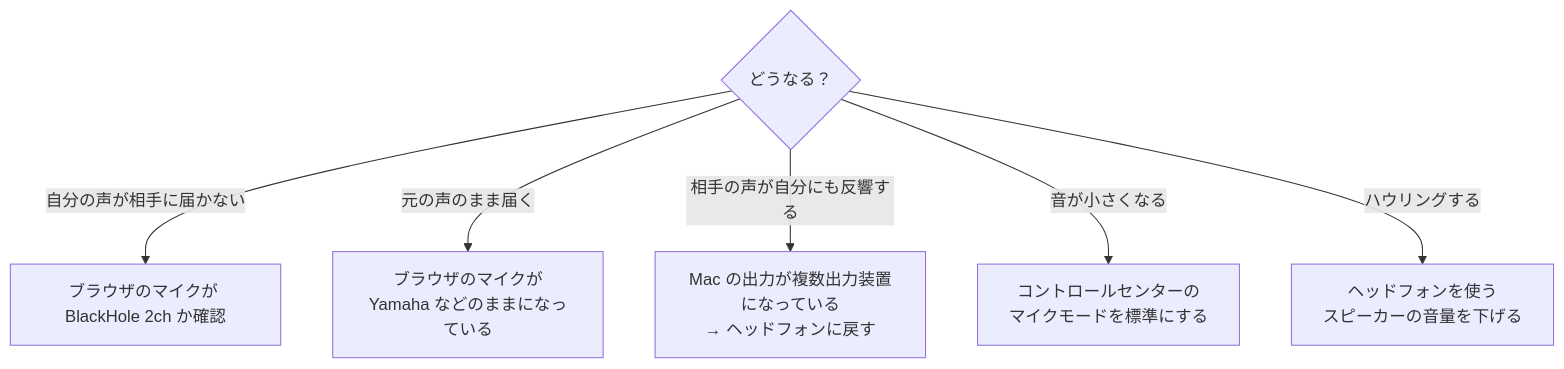
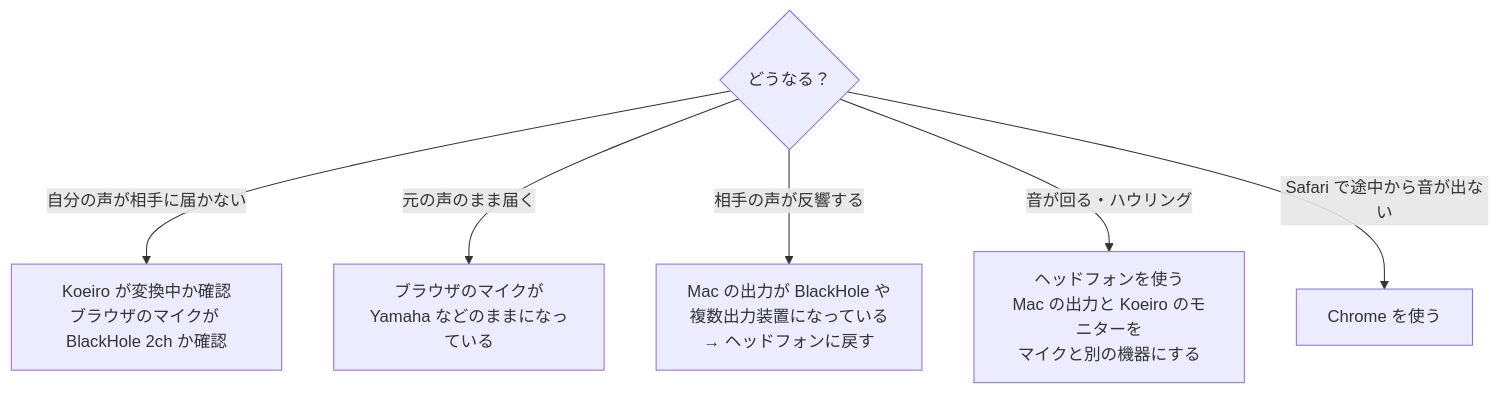
One commit to riryo3/koeiro-mac changed the fourth of 4 diagrams in AUDIO_MAC.md. Above: the diagram before and after it, drawn with Mermaid. The commit also changed other lines of this file and 2 other files, not shown here.

Commit message:
AUDIO_MAC: use Koeiro monitor instead of multi-output, recommend Chrome

````diff
--- a/AUDIO_MAC.md
+++ b/AUDIO_MAC.md
@@ -87,9 +75,9 @@
 ```mermaid
 flowchart TD
     P1{"どうなる？"}
-    P1 -- "自分の声が相手に届かない" --> P2["ブラウザのマイクが BlackHole 2ch か確認"]
+    P1 -- "自分の声が相手に届かない" --> P2["Koeiro が変換中か確認<br>ブラウザのマイクが BlackHole 2ch か確認"]
     P1 -- "元の声のまま届く" --> P3["ブラウザのマイクが<br>Yamaha などのままになっている"]
-    P1 -- "相手の声が自分にも反響する" --> P4["Mac の出力が複数出力装置になっている<br>→ ヘッドフォンに戻す"]
-    P1 -- "音が小さくなる" --> P5["コントロールセンターの<br>マイクモードを標準にする"]
-    P1 -- "ハウリングする" --> P6["ヘッドフォンを使う<br>スピーカーの音量を下げる"]
+    P1 -- "相手の声が反響する" --> P4["Mac の出力が BlackHole や<br>複数出力装置になっている<br>→ ヘッドフォンに戻す"]
+    P1 -- "音が回る・ハウリング" --> P6["ヘッドフォンを使う<br>Mac の出力と Koeiro のモニターを<br>マイクと別の機器にする"]
+    P1 -- "Safari で途中から音が出ない" --> P7["Chrome を使う"]
 ```
````
